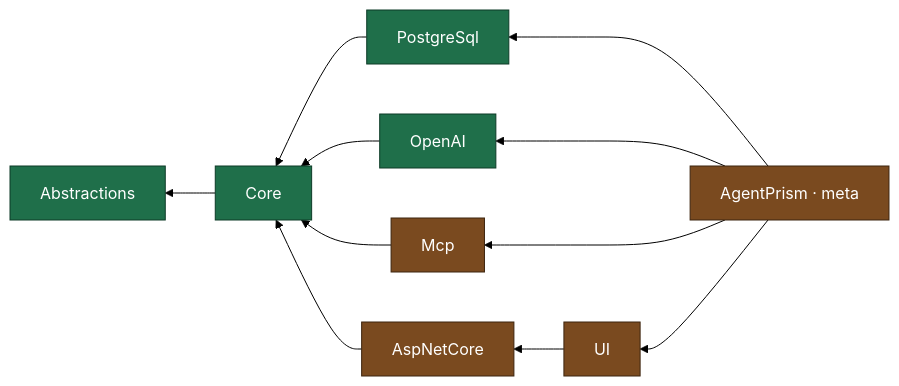
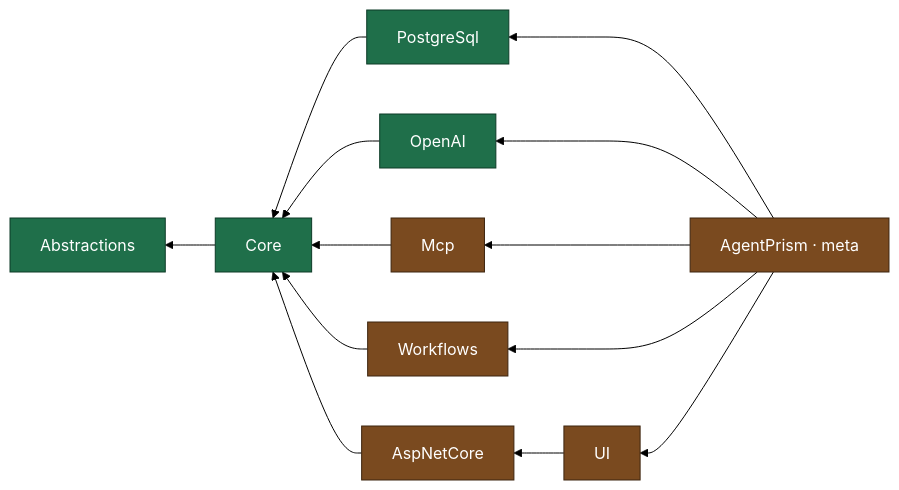
Before and after one commit to farukatasoy/Tracon: the second of 11 diagrams in docs/MIMARI.md, drawn with Mermaid (forest theme). The commit also changed other lines of this file and 72 other files, not shown here.

````diff
--- a/docs/MIMARI.md
+++ b/docs/MIMARI.md
@@ -158,18 +179,20 @@
 ```mermaid
 flowchart RL
     PostgreSql --> Core
     OpenAI --> Core
     Mcp --> Core
+    Workflows --> Core
     AspNetCore --> Core
     UI --> AspNetCore
     Core --> Abstractions
     Meta["AgentPrism · meta"] --> UI
     Meta --> PostgreSql
     Meta --> OpenAI
     Meta --> Mcp
+    Meta --> Workflows
 
     classDef aot fill:#1f6f4a,stroke:#0d3b27,color:#ffffff
     classDef notaot fill:#7a4a1f,stroke:#3d250f,color:#ffffff
     class Abstractions,Core,PostgreSql,OpenAI aot
-    class AspNetCore,UI,Mcp,Meta notaot
+    class AspNetCore,UI,Mcp,Workflows,Meta notaot
 ```
````
